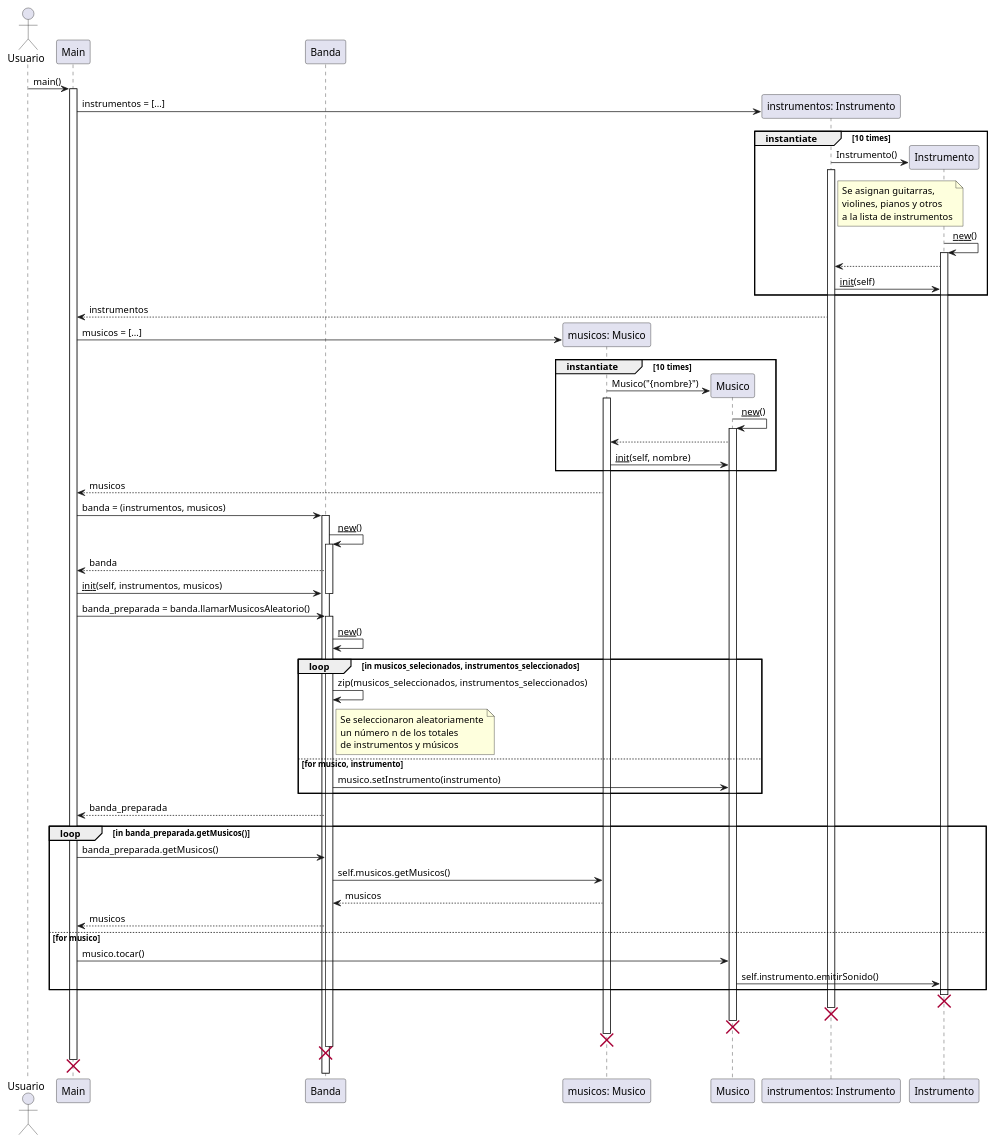
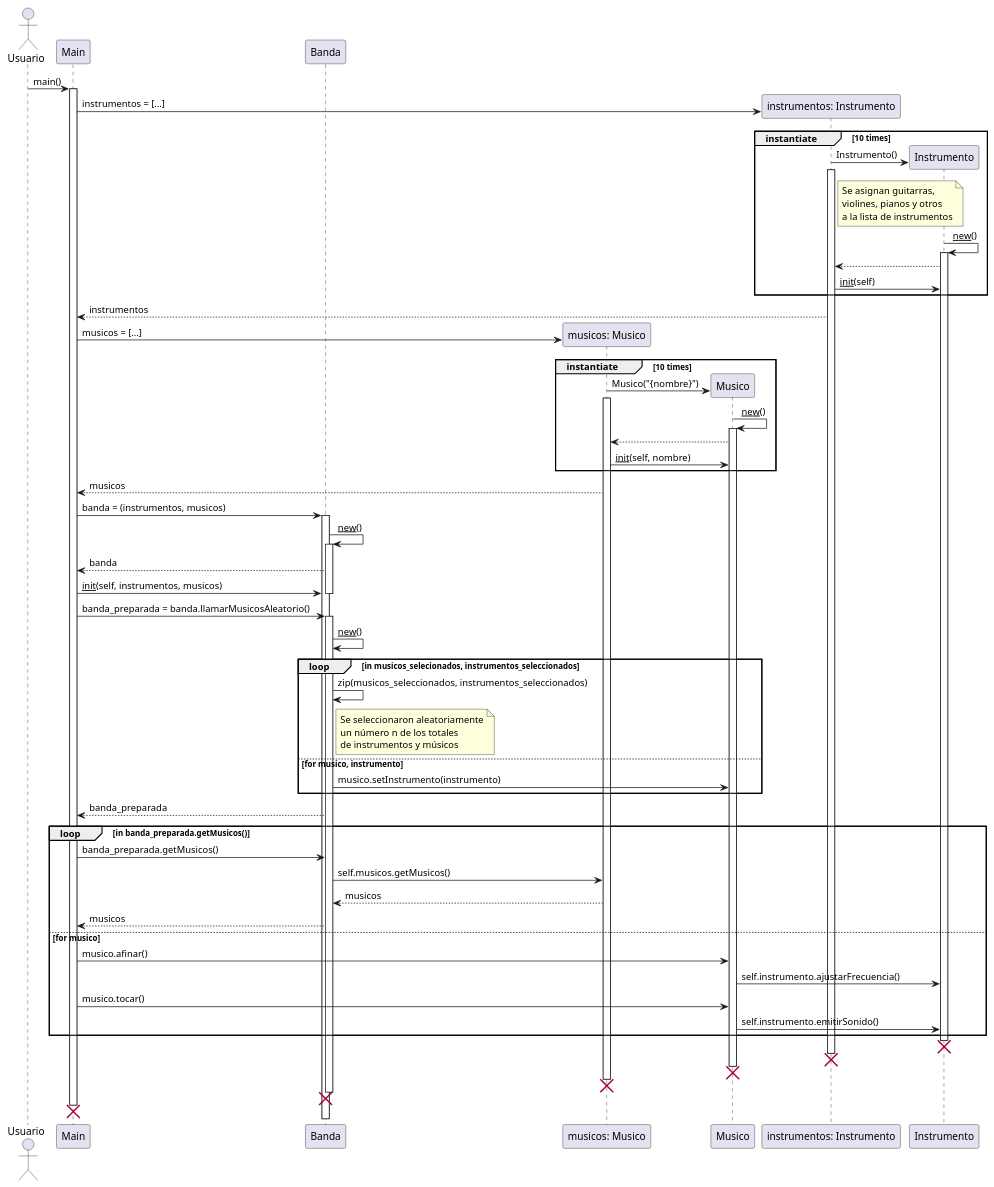
One commit to Inaryuta/Entregable-I-Modelos-Programacion-II changed the diagram in diagramas/codigos/DiagramaSecuencia.puml. Above: the diagram before and after it, drawn with PlantUML. The commit also changed 4 other files, not shown here.

```diff
--- a/diagramas/codigos/DiagramaSecuencia.puml
+++ b/diagramas/codigos/DiagramaSecuencia.puml
@@ -1,98 +1,100 @@
 @startuml Diagrama de Secuencia
 actor Usuario
 participant Main
 participant Banda
 participant "musicos: Musico"
 participant Musico
 participant "instrumentos: Instrumento"
 participant Instrumento
 
 
 Usuario -> Main : main()
 activate Main
 
 create "instrumentos: Instrumento"
 Main -> "instrumentos: Instrumento" : instrumentos = [...]
 
 group instantiate [10 times]
     create Instrumento
     "instrumentos: Instrumento" -> Instrumento : Instrumento()
     activate "instrumentos: Instrumento"
 
     note right of "instrumentos: Instrumento"
         Se asignan guitarras,
         violines, pianos y otros
         a la lista de instrumentos
     end note
 
     Instrumento -> Instrumento: __new__()
     activate Instrumento
 
     Instrumento --> "instrumentos: Instrumento"
     "instrumentos: Instrumento" -> Instrumento: __init__(self)
 end
 "instrumentos: Instrumento" --> Main : instrumentos
 
 
 
 create "musicos: Musico"
 Main -> "musicos: Musico" : musicos = [...]
 
 group instantiate [10 times]
     create Musico
     "musicos: Musico" -> Musico: Musico("{nombre}")
     activate "musicos: Musico"
 
     Musico -> Musico: __new__()
     activate Musico
 
     Musico --> "musicos: Musico"
     "musicos: Musico" -> Musico: __init__(self, nombre)
 end
 "musicos: Musico" --> Main: musicos
 
 
 Main -> Banda : banda = (instrumentos, musicos)
 activate Banda
 Banda -> Banda : __new__()
 activate Banda
 Banda --> Main: banda
 Main -> Banda : __init__(self, instrumentos, musicos)
 deactivate Banda
 Main -> Banda : banda_preparada = banda.llamarMusicosAleatorio()
 activate Banda
 Banda -> Banda : __new__()
 
 loop in musicos_selecionados, instrumentos_seleccionados
     Banda -> Banda: zip(musicos_seleccionados, instrumentos_seleccionados)
 
     note right of Banda
         Se seleccionaron aleatoriamente
         un número n de los totales
         de instrumentos y músicos
     end note
 
 else for musico, instrumento
     Banda -> Musico: musico.setInstrumento(instrumento)
 end loop
 
 
 Banda --> Main : banda_preparada
 
 loop in banda_preparada.getMusicos()
     Main -> Banda : banda_preparada.getMusicos()
     Banda -> "musicos: Musico" : self.musicos.getMusicos()
     "musicos: Musico" --> Banda : musicos
     Banda --> Main: musicos
 else for musico
+    Main -> Musico: musico.afinar()
+    Musico -> Instrumento: self.instrumento.ajustarFrecuencia()
     Main -> Musico: musico.tocar()
     Musico -> Instrumento: self.instrumento.emitirSonido()
 end loop
 
 destroy Instrumento
 destroy "instrumentos: Instrumento"
 destroy Musico
 destroy "musicos: Musico"
 destroy Banda
 destroy Main
 @enduml
```
